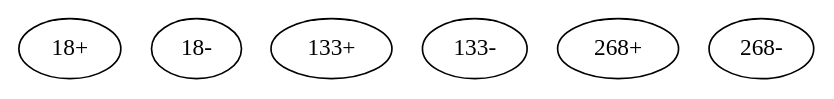
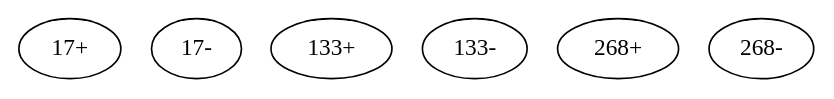
The diagram in .tests/unit/abyss/expected/home/lobinu/git_repos/FSP_assembly_benchmarking/results/048ds/abyss/abyss-6.path.dot (LiaOb21/FSP_assembly_benchmarking), drawn with Graphviz before and after one commit. The commit also changed 100 other files, not shown here.

```diff
--- a/.tests/unit/abyss/expected/home/lobinu/git_repos/FSP_assembly_benchmarking/results/048ds/abyss/abyss-6.path.dot
+++ b/.tests/unit/abyss/expected/home/lobinu/git_repos/FSP_assembly_benchmarking/results/048ds/abyss/abyss-6.path.dot
@@ -1,10 +1,10 @@
 digraph adj {
 graph [k=21]
 edge [d=-20]
-"18+" [l=125]
-"18-" [l=125]
+"17+" [l=125]
+"17-" [l=125]
 "133+" [l=101]
 "133-" [l=101]
 "268+" [l=149]
 "268-" [l=149]
 }
```
